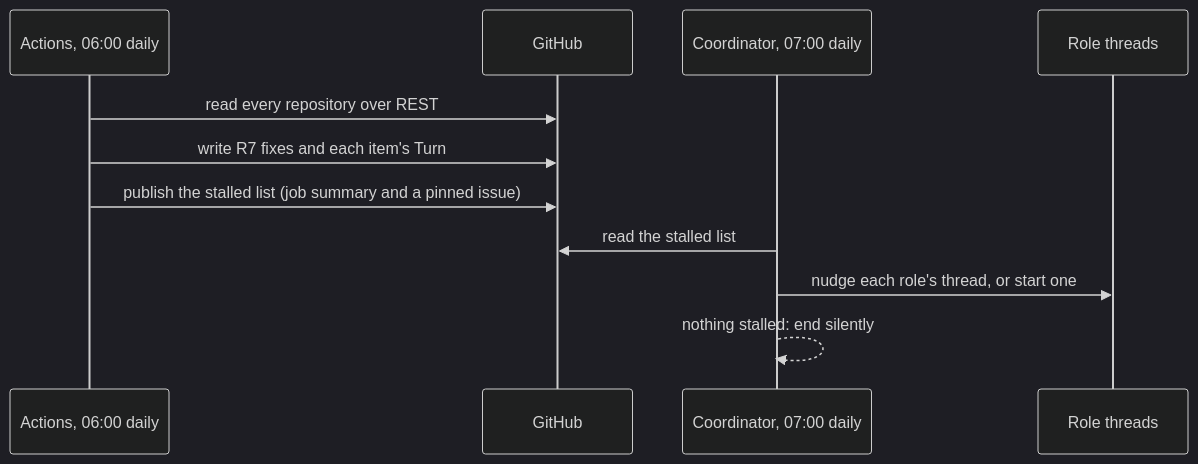
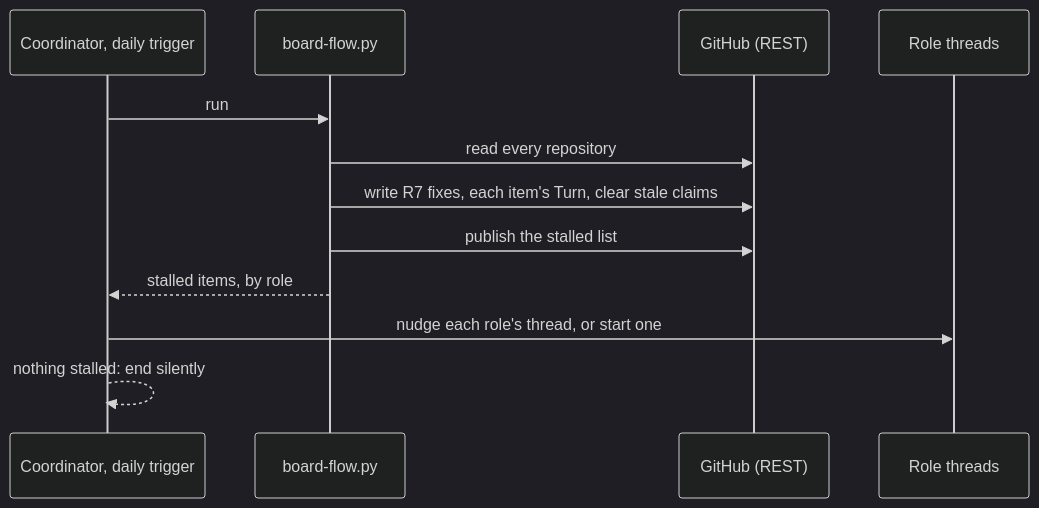
The second of 2 diagrams in records/2.5-changes/process-definition/176-project-board-flow/implementation.md (delphside/programme), drawn with Mermaid (dark theme) before and after one commit. The commit also changed other lines of this file, not shown here.

First line of the commit message:
Board flow: no new Actions jobs

````diff
--- a/records/2.5-changes/process-definition/176-project-board-flow/implementation.md
+++ b/records/2.5-changes/process-definition/176-project-board-flow/implementation.md
@@ -39,13 +43,14 @@
 ```mermaid
 sequenceDiagram
-    participant A as Actions, 06:00 daily
-    participant G as GitHub
-    participant C as Coordinator, 07:00 daily
+    participant C as Coordinator, daily trigger
+    participant B as board-flow.py
+    participant G as GitHub (REST)
     participant T as Role threads
-    A->>G: read every repository over REST
-    A->>G: write R7 fixes and each item's Turn
-    A->>G: publish the stalled list (job summary and a pinned issue)
-    C->>G: read the stalled list
+    C->>B: run
+    B->>G: read every repository
+    B->>G: write R7 fixes, each item's Turn, clear stale claims
+    B->>G: publish the stalled list
+    B-->>C: stalled items, by role
     C->>T: nudge each role's thread, or start one
     C-->>C: nothing stalled: end silently
 ```
````
